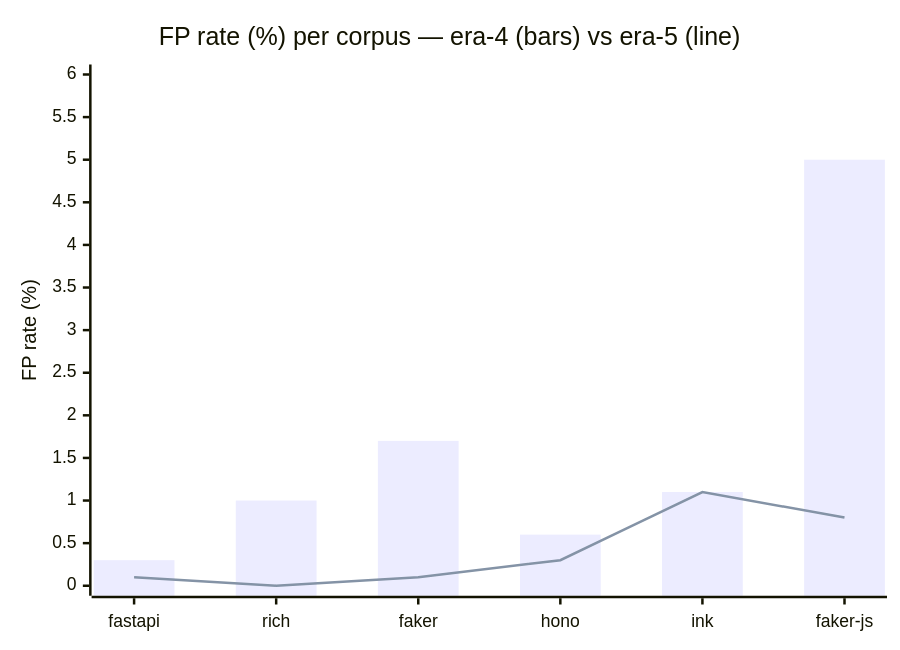
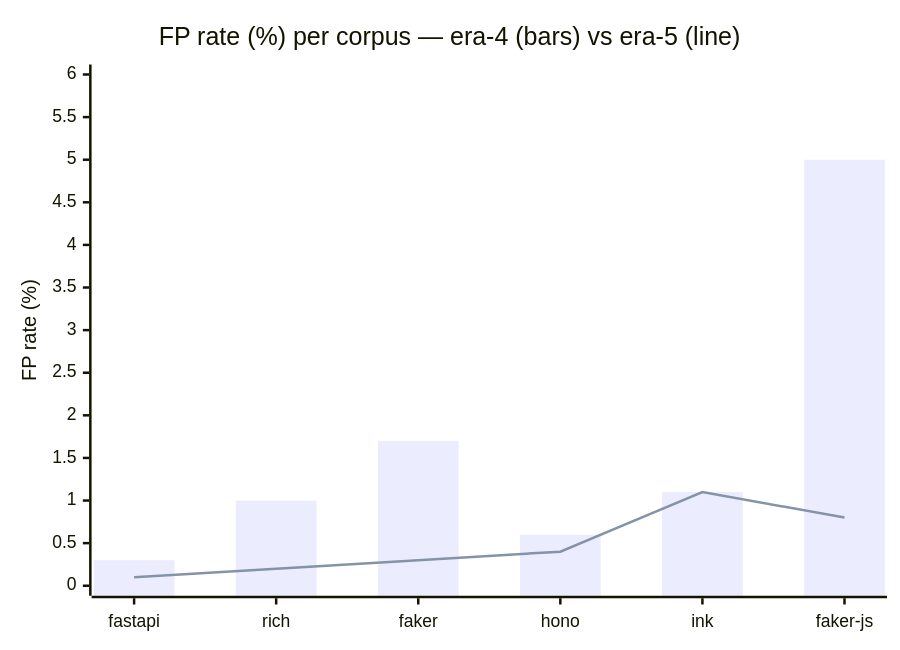
The third of 4 diagrams in docs/research/README.md (get-tmonier/argot), drawn with Mermaid before and after one commit. The commit also changed other lines of this file and 4 other files, not shown here.

````diff
--- a/docs/research/README.md
+++ b/docs/research/README.md
@@ -85,8 +86,8 @@
 ```mermaid
 xychart-beta
     title "FP rate (%) per corpus — era-4 (bars) vs era-5 (line)"
     x-axis ["fastapi", "rich", "faker", "hono", "ink", "faker-js"]
     y-axis "FP rate (%)" 0 --> 6
     bar [0.3, 1.0, 1.7, 0.6, 1.1, 5.0]
-    line [0.1, 0.0, 0.1, 0.3, 1.1, 0.8]
+    line [0.1, 0.2, 0.3, 0.4, 1.1, 0.8]
 ```
````
